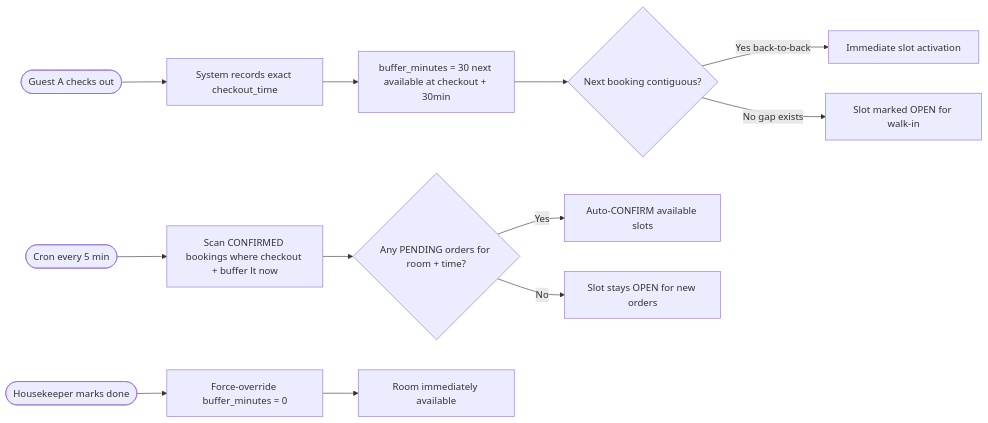
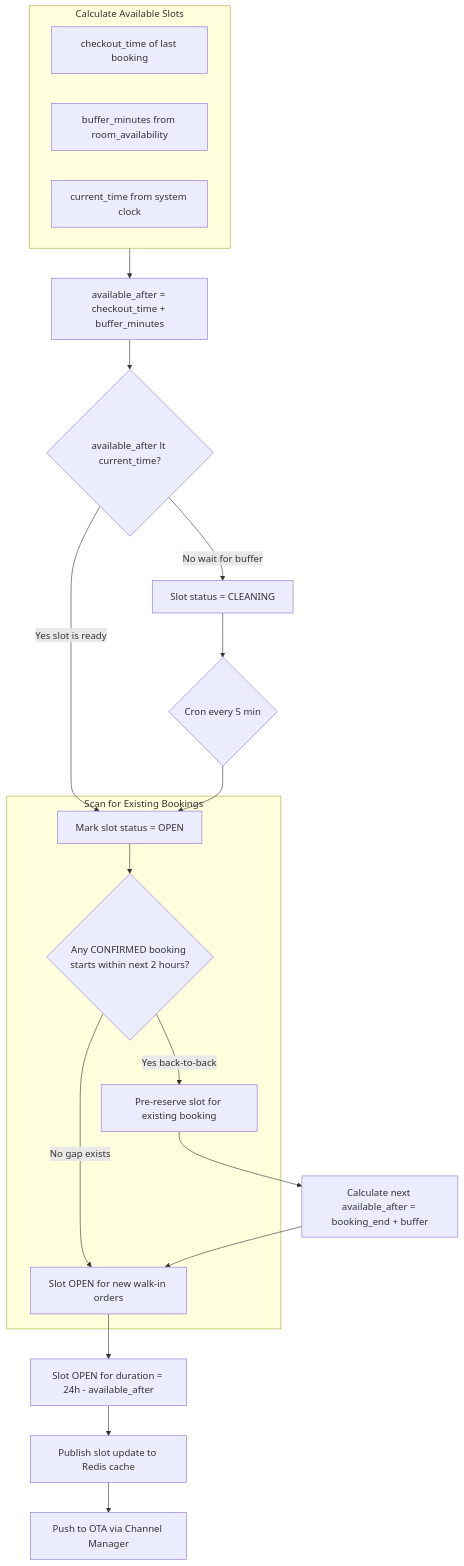
One commit to PhamVietHoangFPT/databaseHomi changed diagram 16 of 41 in Mermaid.md. Above: the diagram before and after it, drawn with Mermaid. The commit also changed other lines of this file and 2 other files, not shown here.

````diff
--- a/Mermaid.md
+++ b/Mermaid.md
@@ -486,17 +559,30 @@
 ```mermaid
-flowchart LR
-    A1([Guest A checks out]) --> B1[System records exact checkout_time]
-    B1 --> C1[buffer_minutes = 30 next available at checkout + 30min]
-    C1 --> D1{Next booking contiguous?}
+flowchart TD
+    subgraph Input[Calculate Available Slots]
+        I1[checkout_time of last booking]
+        I2[buffer_minutes from room_availability]
+        I3[current_time from system clock]
+    end
 
-    D1 -->|Yes back-to-back| E1[Immediate slot activation]
-    D1 -->|No gap exists| F1[Slot marked OPEN for walk-in]
+    Input --> C1[available_after = checkout_time + buffer_minutes]
+    C1 --> C2{available_after lt current_time?}
 
-    G1([Cron every 5 min]) --> H1[Scan CONFIRMED bookings where checkout + buffer lt now]
-    H1 --> I1{Any PENDING orders for room + time?}
-    I1 -->|Yes| J1[Auto-CONFIRM available slots]
-    I1 -->|No| K1[Slot stays OPEN for new orders]
+    C2 -->|Yes slot is ready| C3[Mark slot status = OPEN]
+    C2 -->|No wait for buffer| C4[Slot status = CLEANING]
+    C4 --> C5{Cron every 5 min}
 
-    L1([Housekeeper marks done]) --> M1[Force-override buffer_minutes = 0]
-    M1 --> N1[Room immediately available]
+    C5 --> C3
+
+    subgraph ExistingBookings[Scan for Existing Bookings]
+        C3 --> E1{Any CONFIRMED booking starts within next 2 hours?}
+        E1 -->|Yes back-to-back| E2[Pre-reserve slot for existing booking]
+        E1 -->|No gap exists| E3[Slot OPEN for new walk-in orders]
+    end
+
+    E2 --> E4[Calculate next available_after = booking_end + buffer]
+    E3 --> E5[Slot OPEN for duration = 24h - available_after]
+    E4 --> E3
+
+    E5 --> E6[Publish slot update to Redis cache]
+    E6 --> E7[Push to OTA via Channel Manager]
 ```
````
